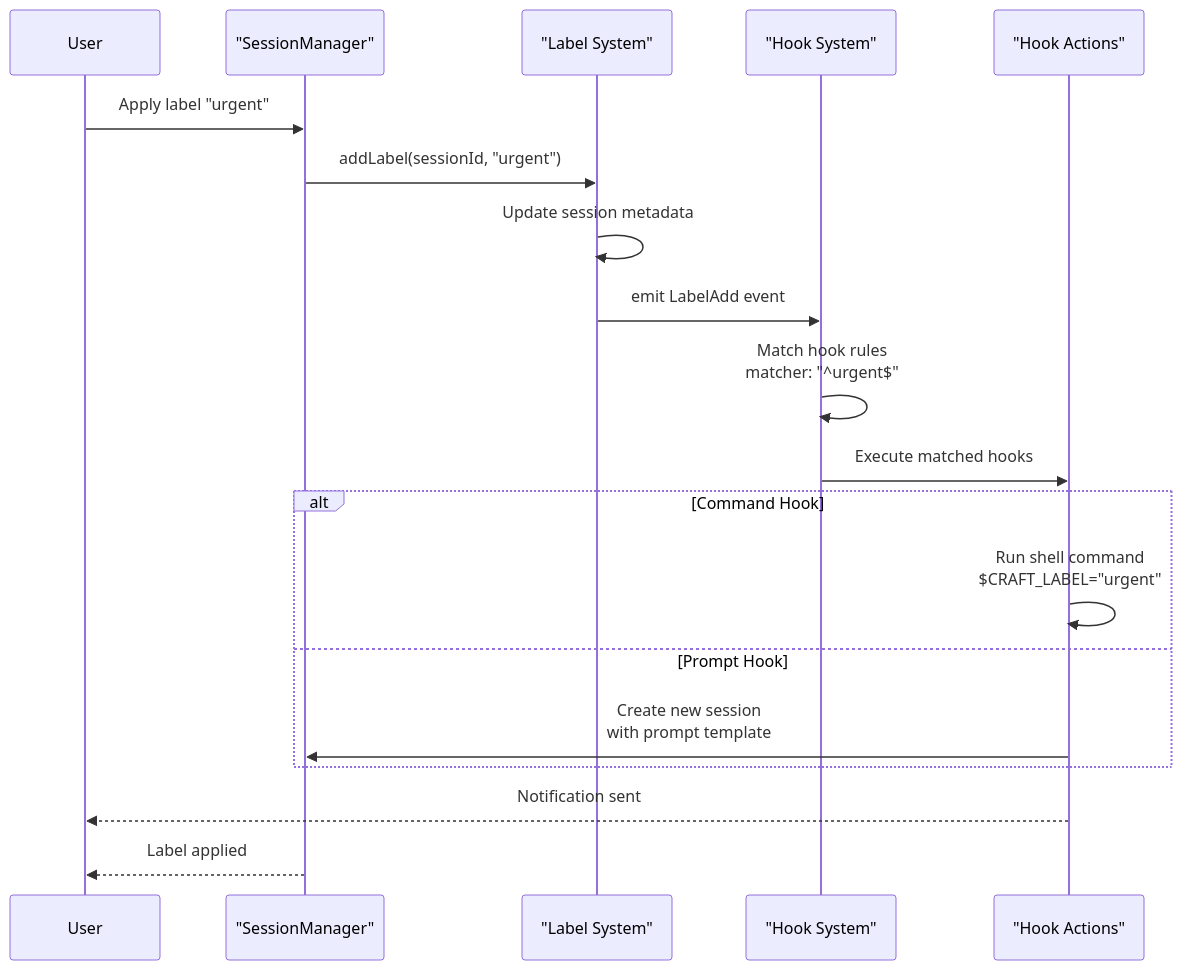
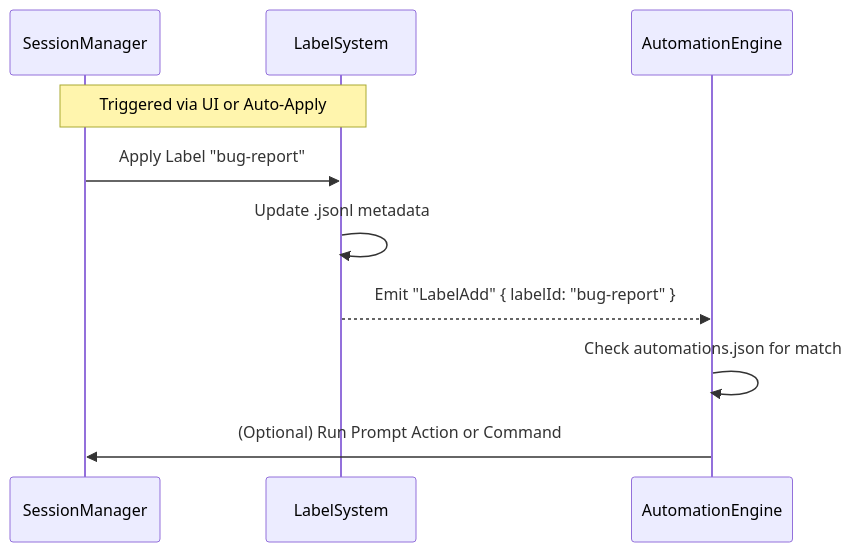
The third of 3 diagrams in docs/lukilabs_craft-agents-oss/core-concepts/labels.md (blackcater/zentree), drawn with Mermaid before and after one commit. The commit also changed other lines of this file and 232 other files, not shown here.

````diff
--- a/docs/lukilabs_craft-agents-oss/core-concepts/labels.md
+++ b/docs/lukilabs_craft-agents-oss/core-concepts/labels.md
@@ -244,25 +138,13 @@
 ```mermaid
 sequenceDiagram
-    participant User
-    participant Session as "SessionManager"
-    participant LabelSystem as "Label System"
-    participant Hooks as "Hook System"
-    participant Action as "Hook Actions"
-
-    User->>Session: Apply label "urgent"
-    Session->>LabelSystem: addLabel(sessionId, "urgent")
-    LabelSystem->>LabelSystem: Update session metadata
-    LabelSystem->>Hooks: emit LabelAdd event
-
-    Hooks->>Hooks: Match hook rules<br/>matcher: "^urgent$"
-    Hooks->>Action: Execute matched hooks
-
-    alt Command Hook
-        Action->>Action: Run shell command<br/>$CRAFT_LABEL="urgent"
-    else Prompt Hook
-        Action->>Session: Create new session<br/>with prompt template
-    end
-
-    Action-->>User: Notification sent
-    Session-->>User: Label applied
+    participant S as SessionManager
+    participant L as LabelSystem
+    participant A as AutomationEngine
+    
+    Note over S, L: Triggered via UI or Auto-Apply
+    S->>L: Apply Label "bug-report"
+    L->>L: Update .jsonl metadata
+    L-->>A: Emit "LabelAdd" { labelId: "bug-report" }
+    A->>A: Check automations.json for match
+    A->>S: (Optional) Run Prompt Action or Command
 ```
````
